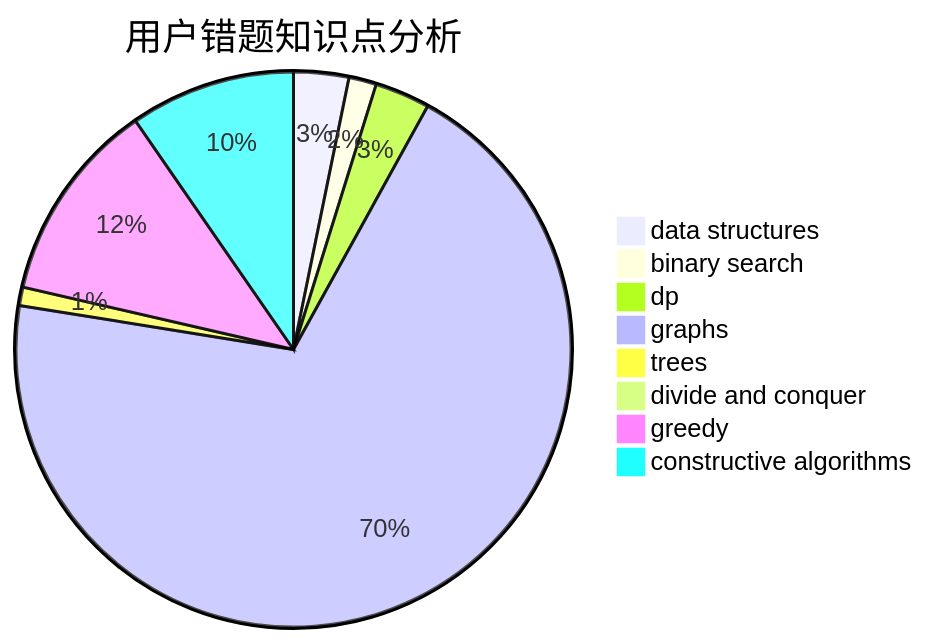
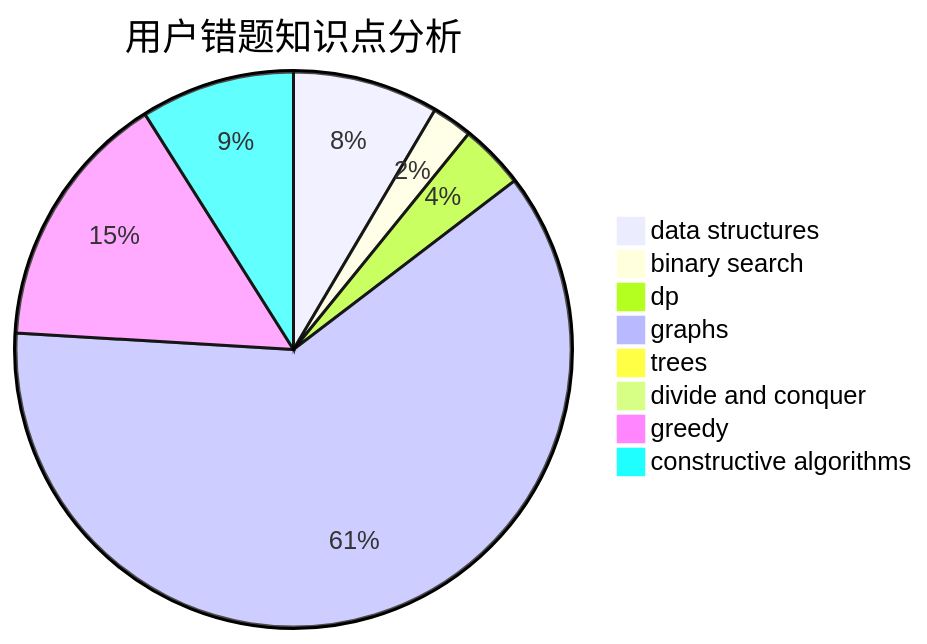
One commit to sherpahu/cfrs.github.io changed the third of 3 diagrams in docs/user/u167.md. Above: the diagram before and after it, drawn with Mermaid. The commit also changed other lines of this file and 2770 other files, not shown here.

````diff
--- a/docs/user/u167.md
+++ b/docs/user/u167.md
@@ -36,11 +36,11 @@
 ```mermaid
 pie title 用户错题知识点分析
-    "data structures" :  6
-    "binary search" :  3
-    "dp" :  6
+    "data structures" :  18
+    "binary search" :  5
+    "dp" :  8
     "graphs" :  130
     "trees" :  2
     "divide and conquer" :  0
-    "greedy" :  22
-    "constructive algorithms" :  18
+    "greedy" :  32
+    "constructive algorithms" :  19
 ```
````
